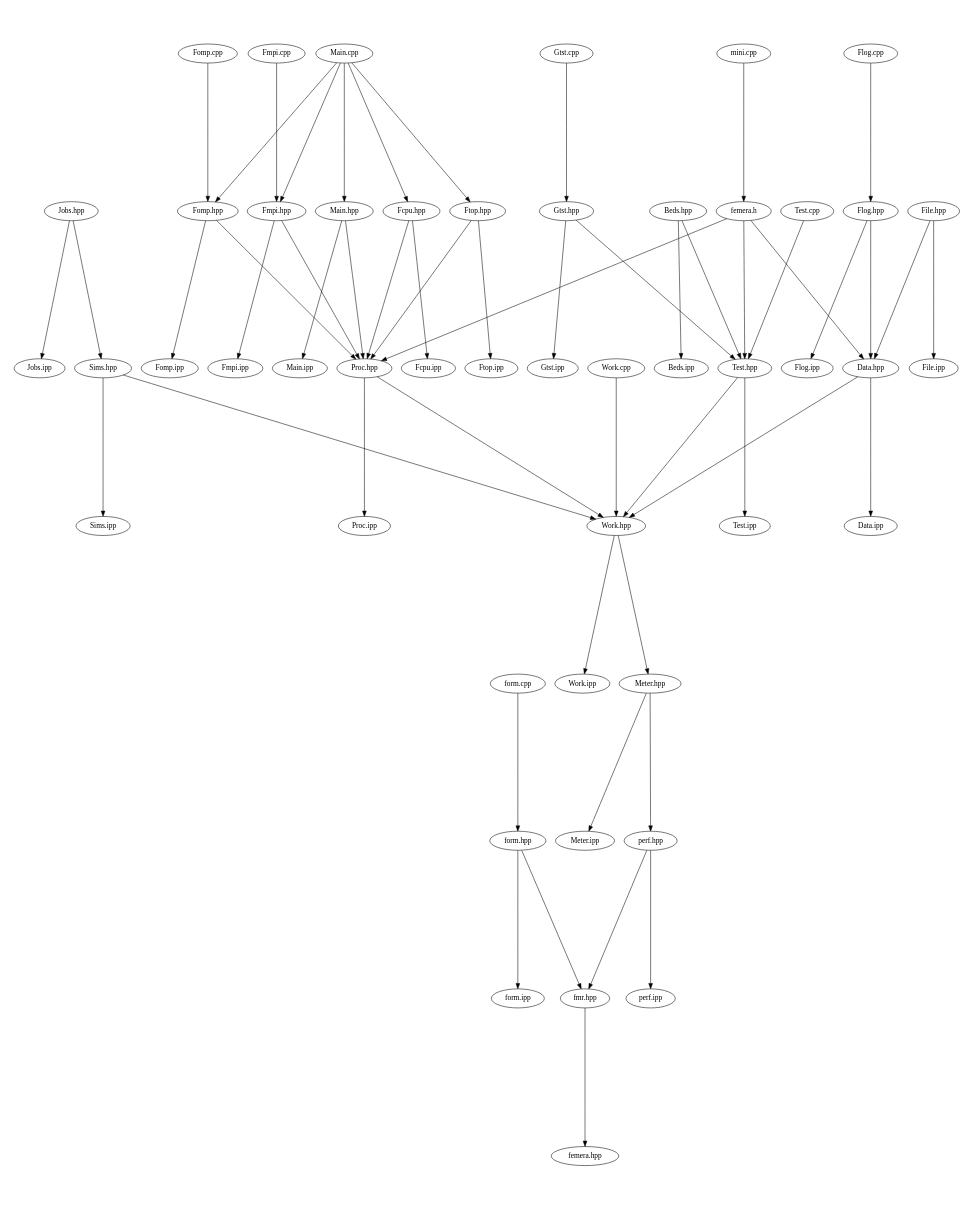
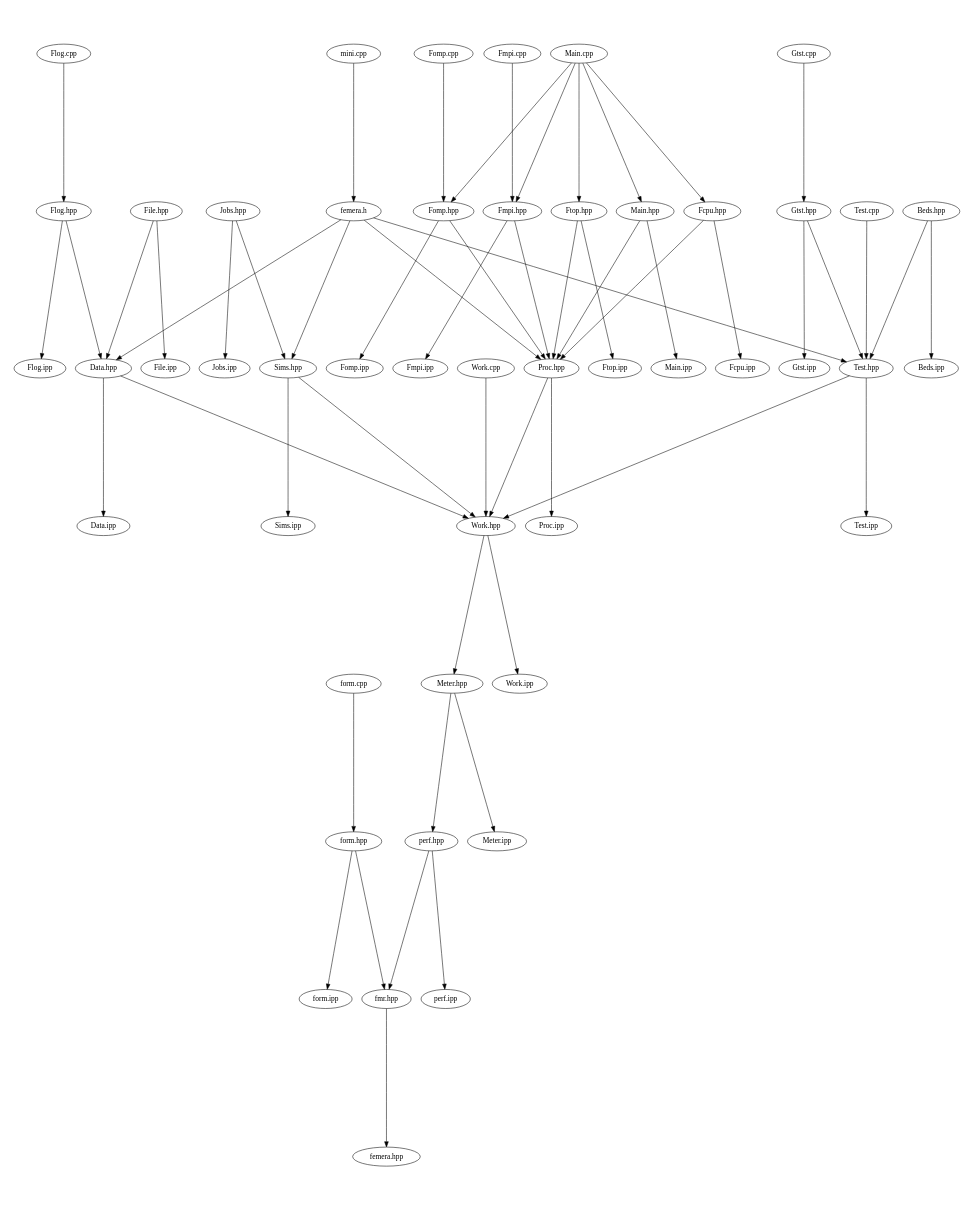
The diagram in src/docs/src-notest.dot (waggyz/femera-mini-app), drawn with Graphviz before and after one commit. The commit also changed 2 other files, not shown here.

```diff
--- a/src/docs/src-notest.dot
+++ b/src/docs/src-notest.dot
@@ -1,61 +1,62 @@
 digraph "source tree" {
     overlap=scale;
     size="8,10";
     ratio="fill";
     fontsize="16";
     fontname="Helvetica";
 	clusterrank="local";
 	"Meter.hpp" -> "perf.hpp"
 	"Main.cpp" -> "Fomp.hpp"
 	"Sims.hpp" -> "Work.hpp"
 	"Fmpi.hpp" -> "Fmpi.ipp"
 	"Sims.hpp" -> "Sims.ipp"
 	"Jobs.hpp" -> "Jobs.ipp"
 	"Fomp.cpp" -> "Fomp.hpp"
 	"Main.cpp" -> "Main.hpp"
 	"femera.h" -> "Data.hpp"
 	"femera.h" -> "Proc.hpp"
 	"Proc.hpp" -> "Proc.ipp"
 	"Main.cpp" -> "Fmpi.hpp"
 	"Main.cpp" -> "Fcpu.hpp"
 	"Ftop.hpp" -> "Ftop.ipp"
 	"perf.hpp" -> "fmr.hpp"
 	"Data.hpp" -> "Data.ipp"
 	"Work.hpp" -> "Work.ipp"
 	"femera.h" -> "Test.hpp"
 	"Main.cpp" -> "Ftop.hpp"
 	"Fmpi.hpp" -> "Proc.hpp"
 	"Test.hpp" -> "Work.hpp"
 	"form.hpp" -> "form.ipp"
 	"Gtst.cpp" -> "Gtst.hpp"
 	"Fcpu.hpp" -> "Proc.hpp"
 	"Fomp.hpp" -> "Proc.hpp"
 	"Flog.hpp" -> "Data.hpp"
 	"File.hpp" -> "File.ipp"
 	"Meter.hpp" -> "Meter.ipp"
 	"Fomp.hpp" -> "Fomp.ipp"
 	"Gtst.hpp" -> "Gtst.ipp"
 	"form.cpp" -> "form.hpp"
 	"perf.hpp" -> "perf.ipp"
 	"Fmpi.cpp" -> "Fmpi.hpp"
 	"Fcpu.hpp" -> "Fcpu.ipp"
 	"Work.cpp" -> "Work.hpp"
 	"Main.hpp" -> "Main.ipp"
 	"mini.cpp" -> "femera.h"
 	"Test.cpp" -> "Test.hpp"
+	"femera.h" -> "Sims.hpp"
 	"Jobs.hpp" -> "Sims.hpp"
 	"Ftop.hpp" -> "Proc.hpp"
 	"File.hpp" -> "Data.hpp"
 	"fmr.hpp" -> "femera.hpp"
 	"Beds.hpp" -> "Test.hpp"
 	"Proc.hpp" -> "Work.hpp"
 	"form.hpp" -> "fmr.hpp"
 	"Gtst.hpp" -> "Test.hpp"
 	"Flog.cpp" -> "Flog.hpp"
 	"Data.hpp" -> "Work.hpp"
 	"Beds.hpp" -> "Beds.ipp"
 	"Work.hpp" -> "Meter.hpp"
 	"Main.hpp" -> "Proc.hpp"
 	"Test.hpp" -> "Test.ipp"
 	"Flog.hpp" -> "Flog.ipp"
 }
```
